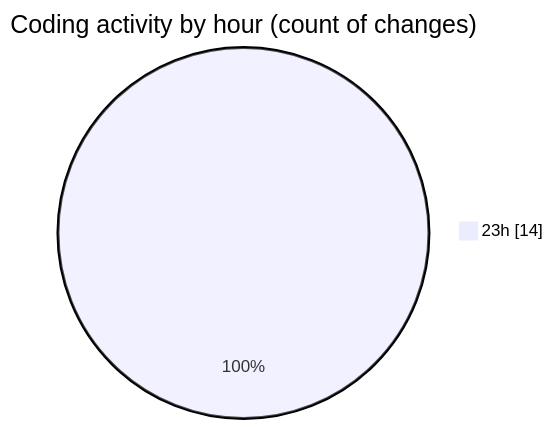
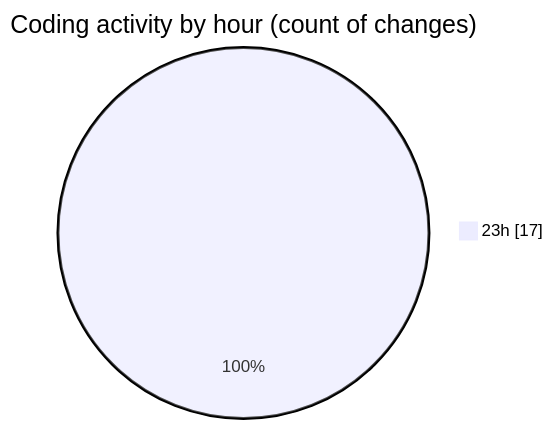
The second of 2 diagrams in 2025-07-20/reg/README.md (lephambinh05/code-tracking), drawn with Mermaid before and after one commit. The commit also changed other lines of this file and 1 other file, not shown here.

````diff
--- a/2025-07-20/reg/README.md
+++ b/2025-07-20/reg/README.md
@@ -34,5 +34,5 @@
 ```mermaid
 pie showData
 title Coding activity by hour (count of changes)
-"23h" : 14
+"23h" : 17
 ```
````
